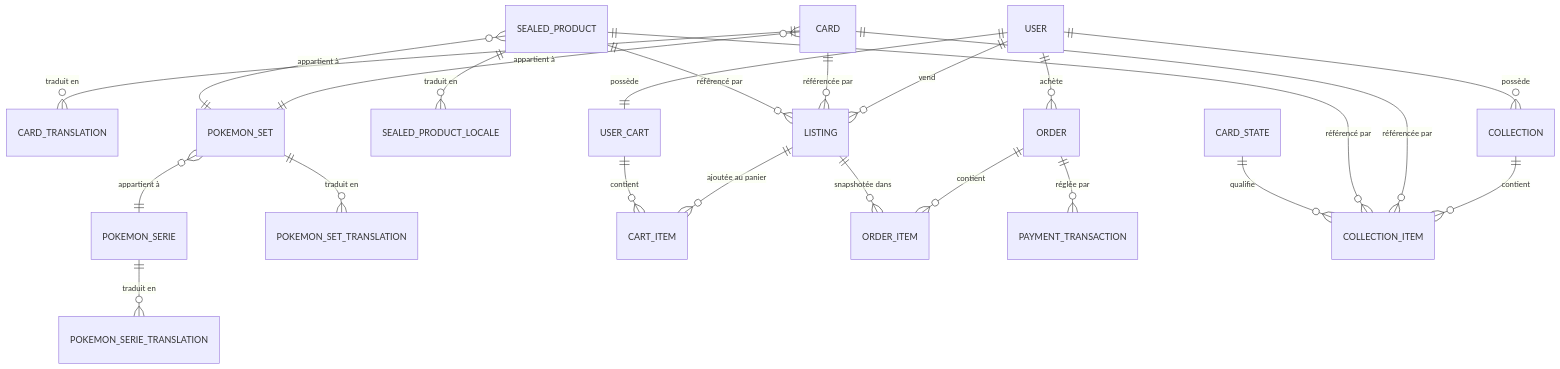
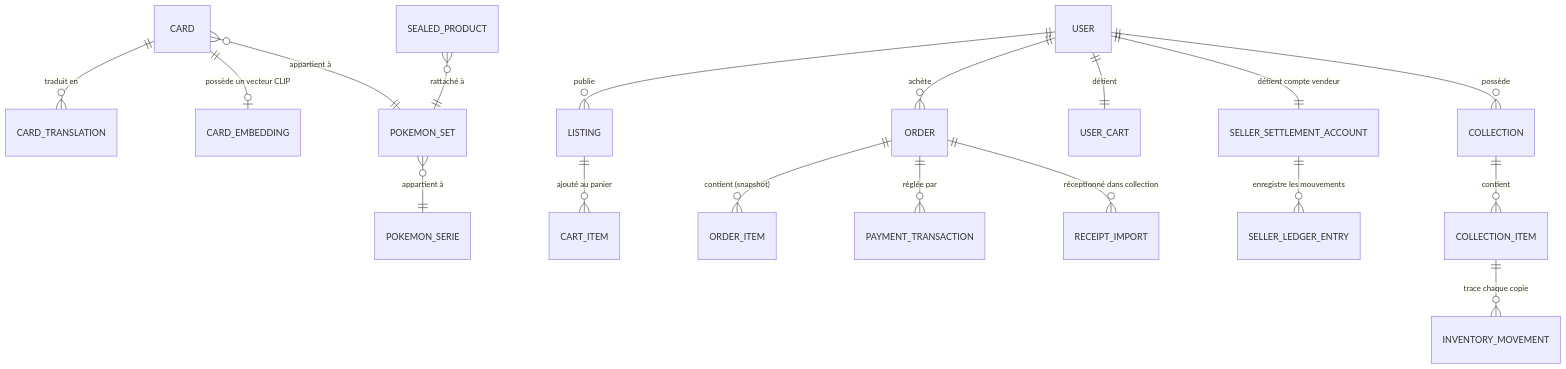
Before and after one commit to raphplt/tcg-nexus: the second of 3 diagrams in apps/docs/docs/architecture/database.md, drawn with Mermaid. The commit also changed other lines of this file and 35 other files, not shown here.

````diff
--- a/apps/docs/docs/architecture/database.md
+++ b/apps/docs/docs/architecture/database.md
@@ -42,27 +43,23 @@
 ```mermaid
 erDiagram
     CARD ||--o{ CARD_TRANSLATION : "traduit en"
+    CARD ||--o| CARD_EMBEDDING : "possède un vecteur CLIP"
     CARD }o--|| POKEMON_SET : "appartient à"
     POKEMON_SET }o--|| POKEMON_SERIE : "appartient à"
-    POKEMON_SET ||--o{ POKEMON_SET_TRANSLATION : "traduit en"
-    POKEMON_SERIE ||--o{ POKEMON_SERIE_TRANSLATION : "traduit en"
-    SEALED_PRODUCT ||--o{ SEALED_PRODUCT_LOCALE : "traduit en"
-    SEALED_PRODUCT }o--|| POKEMON_SET : "appartient à"
+    SEALED_PRODUCT }o--|| POKEMON_SET : "rattaché à"
 
-    USER ||--o{ LISTING : "vend"
+    USER ||--o{ LISTING : "publie"
     USER ||--o{ ORDER : "achète"
-    USER ||--|| USER_CART : "possède"
-    CARD ||--o{ LISTING : "référencée par"
-    SEALED_PRODUCT ||--o{ LISTING : "référencé par"
-    LISTING ||--o{ CART_ITEM : "ajoutée au panier"
-    USER_CART ||--o{ CART_ITEM : "contient"
-    ORDER ||--o{ ORDER_ITEM : "contient"
+    USER ||--|| USER_CART : "détient"
+    USER ||--|| SELLER_SETTLEMENT_ACCOUNT : "détient compte vendeur"
+
+    LISTING ||--o{ CART_ITEM : "ajouté au panier"
+    ORDER ||--o{ ORDER_ITEM : "contient (snapshot)"
     ORDER ||--o{ PAYMENT_TRANSACTION : "réglée par"
-    LISTING ||--o{ ORDER_ITEM : "snapshotée dans"
+    ORDER ||--o{ RECEIPT_IMPORT : "réceptionné dans collection"
 
+    SELLER_SETTLEMENT_ACCOUNT ||--o{ SELLER_LEDGER_ENTRY : "enregistre les mouvements"
     USER ||--o{ COLLECTION : "possède"
     COLLECTION ||--o{ COLLECTION_ITEM : "contient"
-    CARD ||--o{ COLLECTION_ITEM : "référencée par"
-    SEALED_PRODUCT ||--o{ COLLECTION_ITEM : "référencé par"
-    CARD_STATE ||--o{ COLLECTION_ITEM : "qualifie"
+    COLLECTION_ITEM ||--o{ INVENTORY_MOVEMENT : "trace chaque copie"
 ```
````
